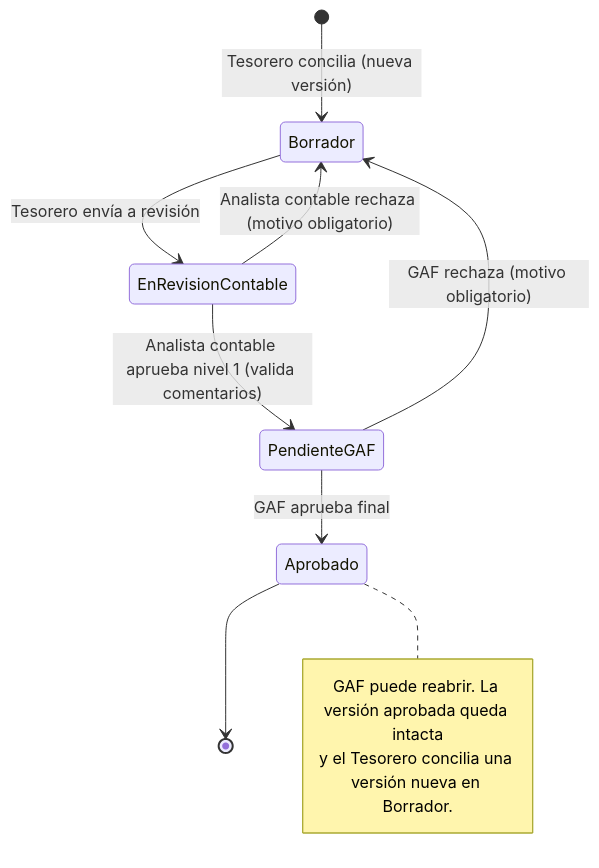
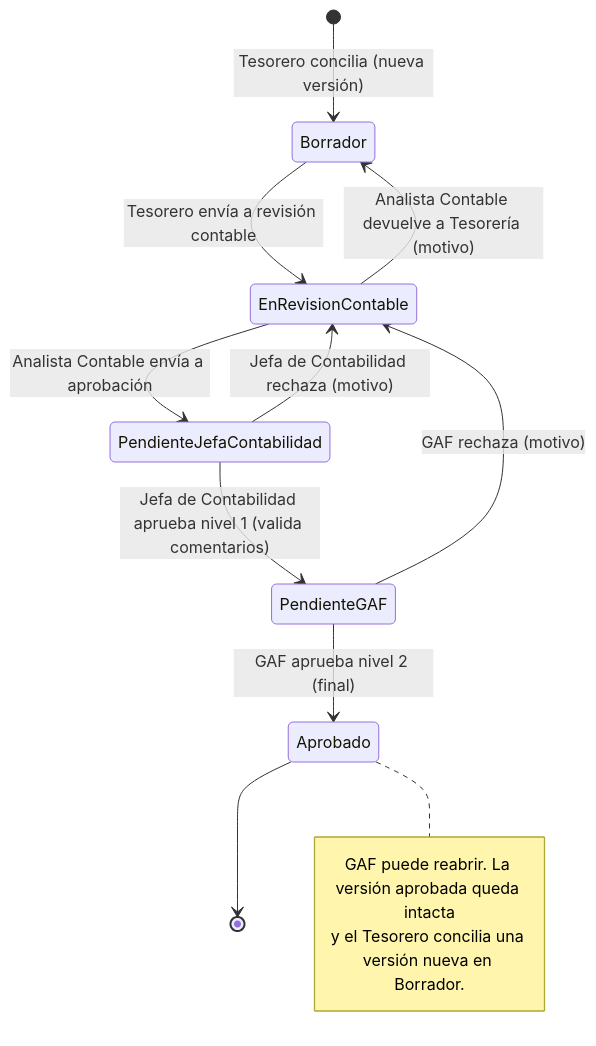
The third of 3 diagrams in docs/arquitectura.md (miguel-cortes-14/conciliasii), drawn with Mermaid before and after one commit. The commit also changed other lines of this file and 4 other files, not shown here.

First line of the commit message:
docs: actualiza roles a Tesorero, Analista Contable, Jefa de Contabilidad y GAF

````diff
--- a/docs/arquitectura.md
+++ b/docs/arquitectura.md
@@ -434,14 +445,16 @@
 ```mermaid
 stateDiagram-v2
   [*] --> Borrador : Tesorero concilia (nueva versión)
-  Borrador --> EnRevisionContable : Tesorero envía a revisión
-  EnRevisionContable --> PendienteGAF : Analista contable aprueba nivel 1 (valida comentarios)
-  EnRevisionContable --> Borrador : Analista contable rechaza (motivo obligatorio)
-  PendienteGAF --> Aprobado : GAF aprueba final
-  PendienteGAF --> Borrador : GAF rechaza (motivo obligatorio)
+  Borrador --> EnRevisionContable : Tesorero envía a revisión contable
+  EnRevisionContable --> PendienteJefaContabilidad : Analista Contable envía a aprobación
+  EnRevisionContable --> Borrador : Analista Contable devuelve a Tesorería (motivo)
+  PendienteJefaContabilidad --> PendienteGAF : Jefa de Contabilidad aprueba nivel 1 (valida comentarios)
+  PendienteJefaContabilidad --> EnRevisionContable : Jefa de Contabilidad rechaza (motivo)
+  PendienteGAF --> Aprobado : GAF aprueba nivel 2 (final)
+  PendienteGAF --> EnRevisionContable : GAF rechaza (motivo)
   Aprobado --> [*]
   note right of Aprobado
     GAF puede reabrir. La versión aprobada queda intacta
     y el Tesorero concilia una versión nueva en Borrador.
   end note
 ```
````
